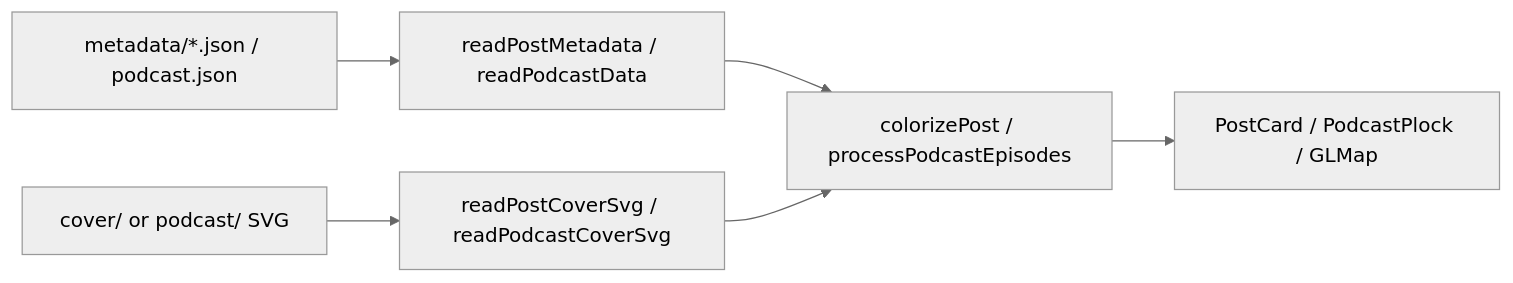
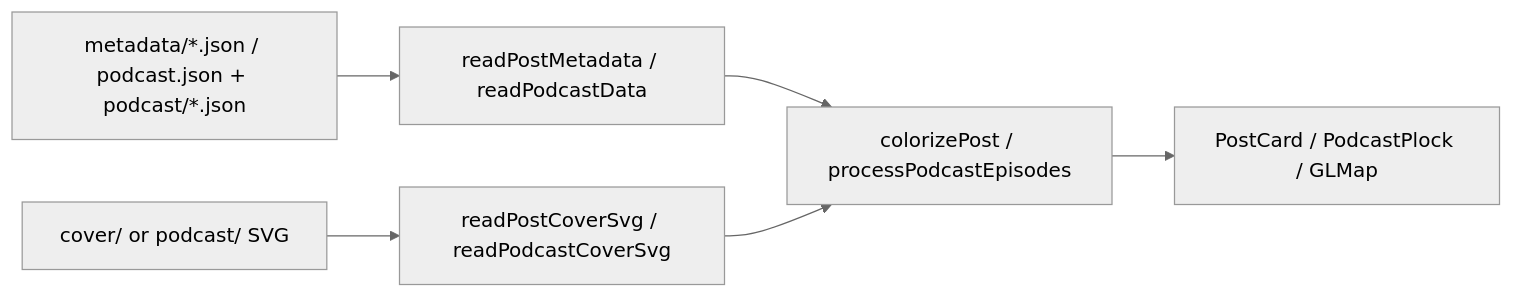
One commit to gongbaodd/blog.gongbushang.com changed the diagram in .agent/skills/generated-content/SKILL.md. Above: the diagram before and after it, drawn with Mermaid (neutral theme). The commit also changed other lines of this file and 3 other files, not shown here.

Commit message:
split podcast data

````diff
--- a/.agent/skills/generated-content/SKILL.md
+++ b/.agent/skills/generated-content/SKILL.md
@@ -99,8 +100,8 @@
 ```mermaid
 flowchart LR
-  JSON[metadata/*.json / podcast.json] --> Reader[readPostMetadata / readPodcastData]
+  JSON[metadata/*.json / podcast.json + podcast/*.json] --> Reader[readPostMetadata / readPodcastData]
   SVG[cover/ or podcast/ SVG] --> Reader2[readPostCoverSvg / readPodcastCoverSvg]
   Reader --> Transform[colorizePost / processPodcastEpisodes]
   Reader2 --> Transform
   Transform --> UI[PostCard / PodcastPlock / GLMap]
 ```
````
